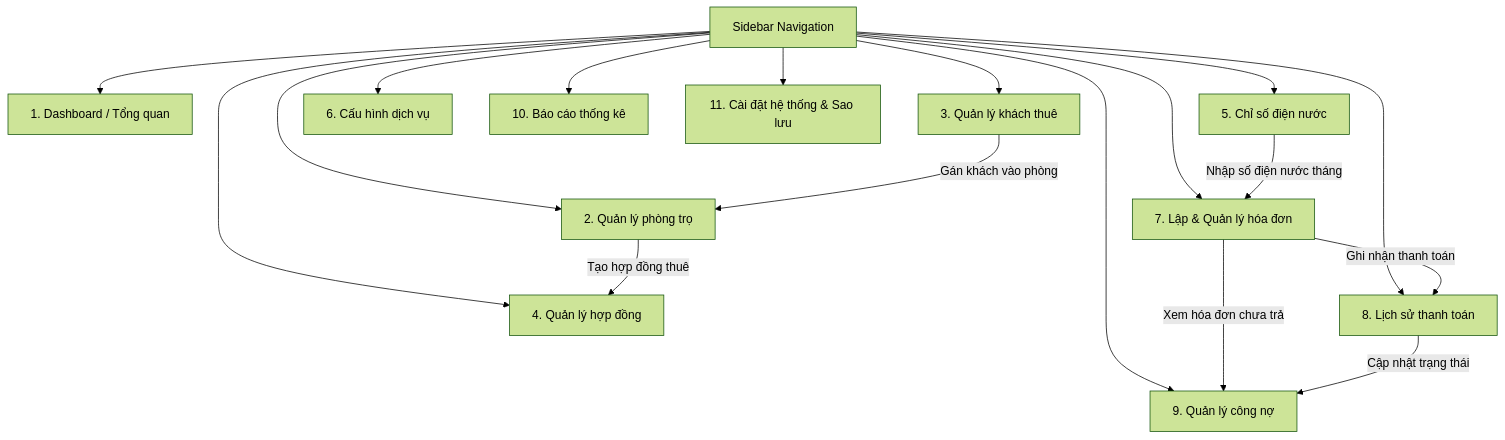
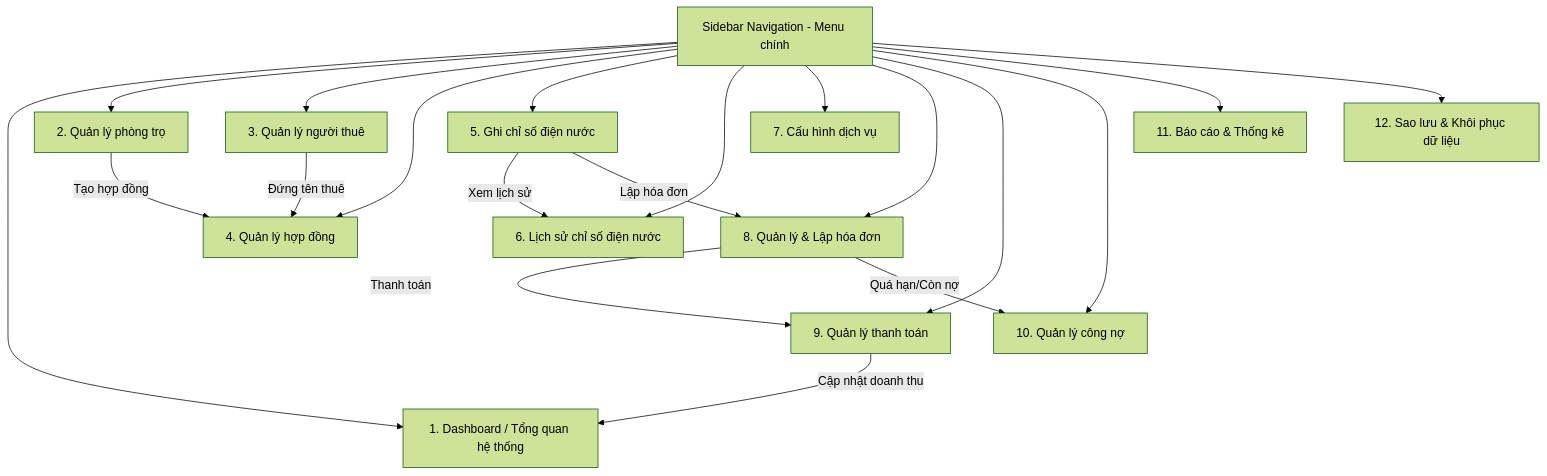
Before and after one commit to devquangle/roommate-pms: the diagram in SCREENS.md, drawn with Mermaid (forest theme). The commit also changed other lines of this file and 1 other file, not shown here.

Commit message:
Refactor SCREENS.md: Update screen specifications and navigation flow for RoomMate PMS, including renaming and restructuring sections for clarity and consistency.

````diff
--- a/SCREENS.md
+++ b/SCREENS.md
@@ -11,22 +11,24 @@
 ```mermaid
 graph TD
-    Sidebar[Sidebar Navigation] --> DashboardPage[1. Dashboard / Tổng quan]
+    Sidebar[Sidebar Navigation - Menu chính] --> DashboardPage[1. Dashboard / Tổng quan hệ thống]
     Sidebar --> RoomsPage[2. Quản lý phòng trọ]
-    Sidebar --> TenantsPage[3. Quản lý khách thuê]
+    Sidebar --> TenantsPage[3. Quản lý người thuê]
     Sidebar --> ContractsPage[4. Quản lý hợp đồng]
-    Sidebar --> MetersPage[5. Chỉ số điện nước]
-    Sidebar --> ServicesPage[6. Cấu hình dịch vụ]
-    Sidebar --> InvoicesPage[7. Lập & Quản lý hóa đơn]
-    Sidebar --> PaymentsPage[8. Lịch sử thanh toán]
-    Sidebar --> DebtsPage[9. Quản lý công nợ]
-    Sidebar --> ReportsPage[10. Báo cáo thống kê]
-    Sidebar --> SettingsPage[11. Cài đặt hệ thống & Sao lưu]
+    Sidebar --> MetersPage[5. Ghi chỉ số điện nước]
+    Sidebar --> MetersHistoryPage[6. Lịch sử chỉ số điện nước]
+    Sidebar --> ServicesPage[7. Cấu hình dịch vụ]
+    Sidebar --> InvoicesPage[8. Quản lý & Lập hóa đơn]
+    Sidebar --> PaymentsPage[9. Quản lý thanh toán]
+    Sidebar --> DebtsPage[10. Quản lý công nợ]
+    Sidebar --> ReportsPage[11. Báo cáo & Thống kê]
+    Sidebar --> BackupPage[12. Sao lưu & Khôi phục dữ liệu]
 
-    %% Luồng tương tác nghiệp vụ chính
-    RoomsPage -->|Tạo hợp đồng thuê| ContractsPage
-    TenantsPage -->|Gán khách vào phòng| RoomsPage
-    MetersPage -->|Nhập số điện nước tháng| InvoicesPage
-    InvoicesPage -->|Ghi nhận thanh toán| PaymentsPage
-    InvoicesPage -->|Xem hóa đơn chưa trả| DebtsPage
-    PaymentsPage -->|Cập nhật trạng thái| DebtsPage
+    %% Luồng liên kết nghiệp vụ chính
+    RoomsPage -->|Tạo hợp đồng| ContractsPage
+    TenantsPage -->|Đứng tên thuê| ContractsPage
+    MetersPage -->|Xem lịch sử| MetersHistoryPage
+    MetersPage -->|Lập hóa đơn| InvoicesPage
+    InvoicesPage -->|Thanh toán| PaymentsPage
+    InvoicesPage -->|Quá hạn/Còn nợ| DebtsPage
+    PaymentsPage -->|Cập nhật doanh thu| DashboardPage
 ```
````
